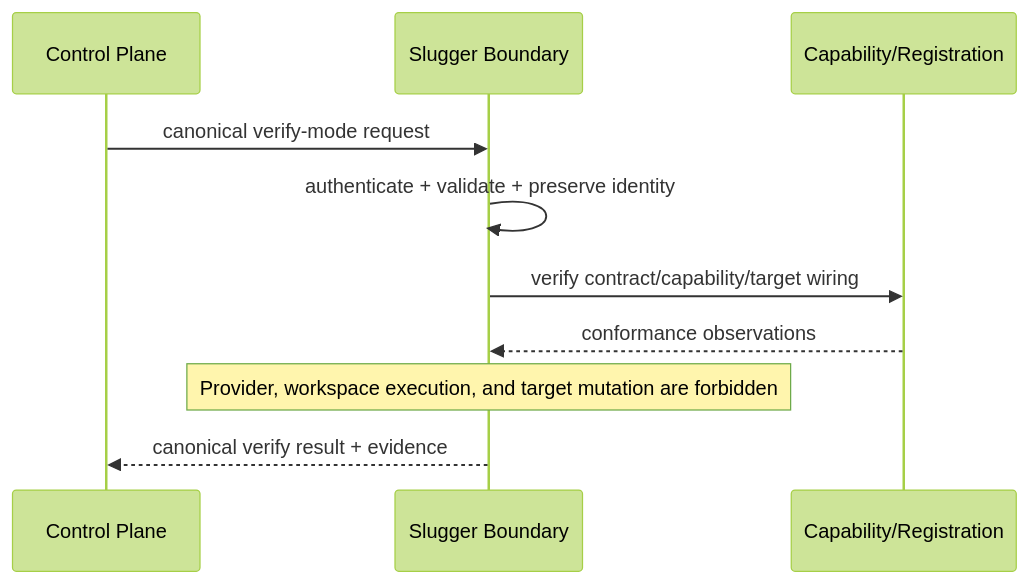
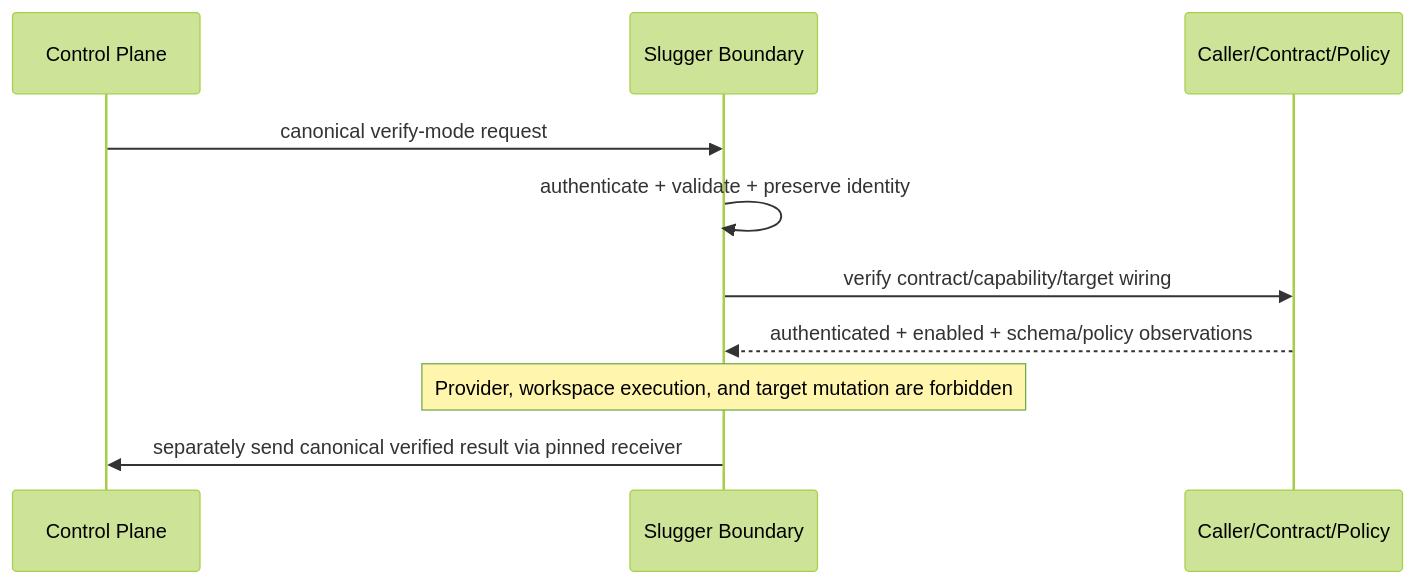
Before and after one commit to Young-Consultations/slugger: the sixth of 6 diagrams in docs/architecture/SequenceDiagrams.md, drawn with Mermaid (forest theme). The commit also changed other lines of this file and 16 other files, not shown here.

````diff
--- a/docs/architecture/SequenceDiagrams.md
+++ b/docs/architecture/SequenceDiagrams.md
@@ -132,12 +132,12 @@
 ```mermaid
 sequenceDiagram
   participant CP as Control Plane
   participant IN as Slugger Boundary
-  participant CAT as Capability/Registration
+  participant CAT as Caller/Contract/Policy
   CP->>IN: canonical verify-mode request
   IN->>IN: authenticate + validate + preserve identity
   IN->>CAT: verify contract/capability/target wiring
-  CAT-->>IN: conformance observations
+  CAT-->>IN: authenticated + enabled + schema/policy observations
   Note over IN: Provider, workspace execution, and target mutation are forbidden
-  IN-->>CP: canonical verify result + evidence
+  IN->>CP: separately send canonical verified result via pinned receiver
 ```
````
